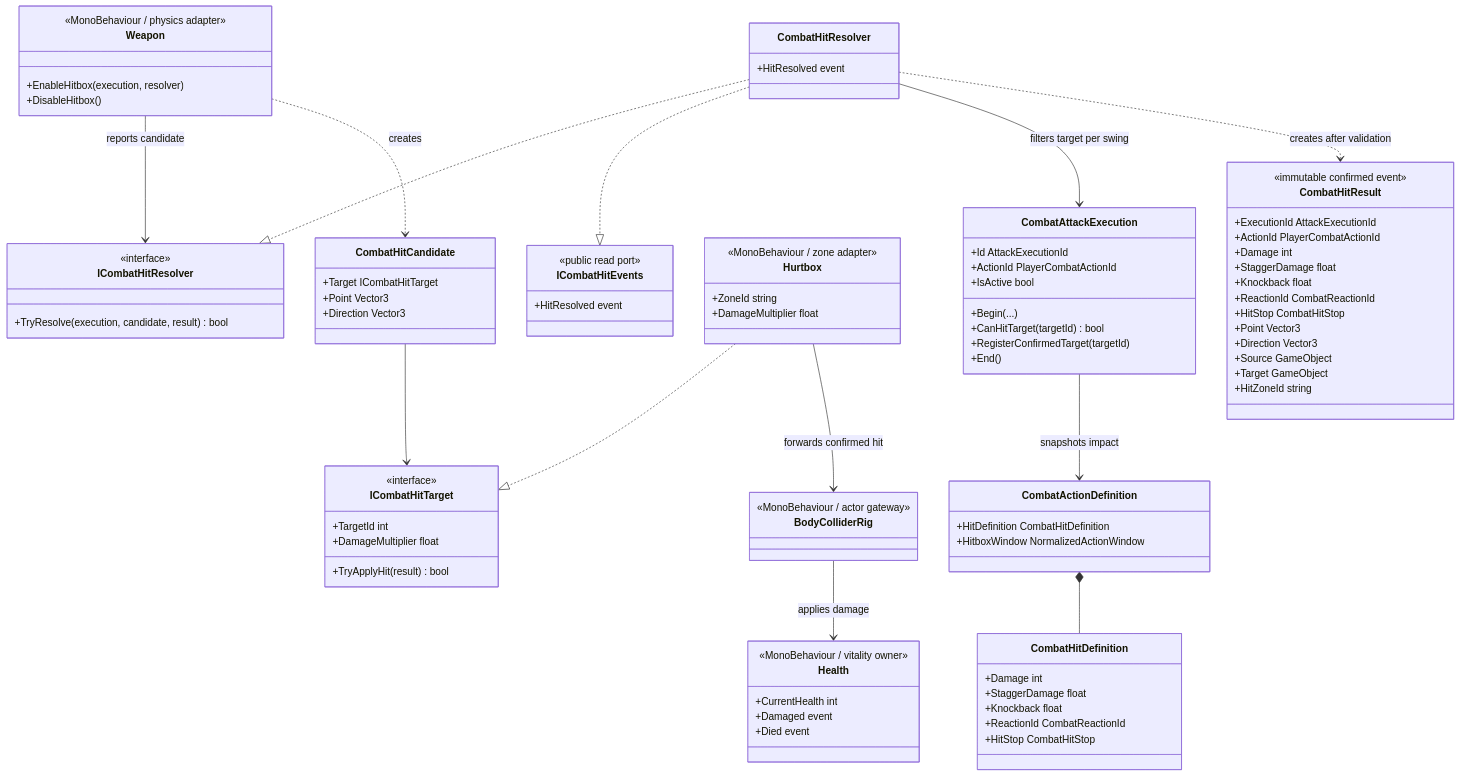
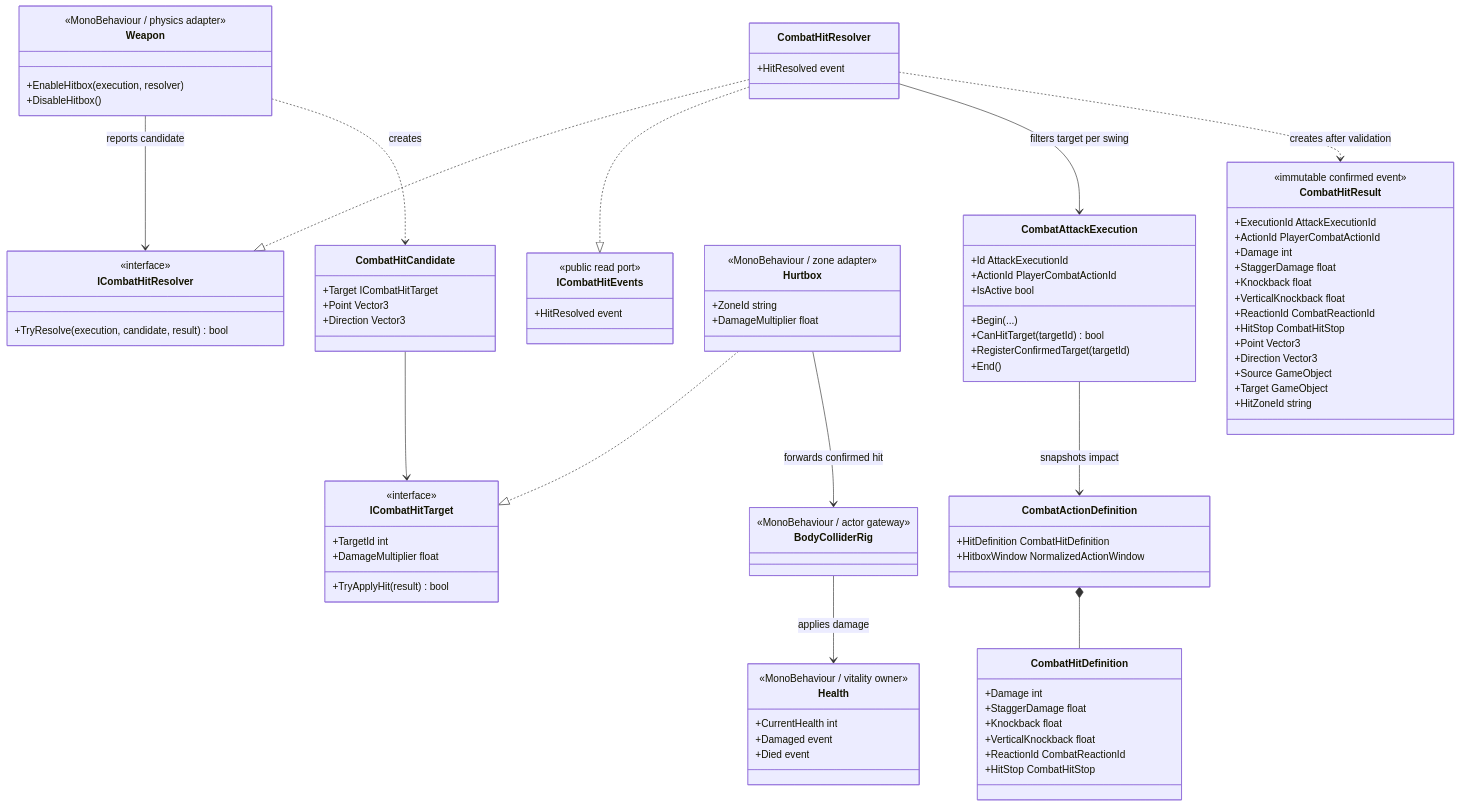
Before and after one commit to MaximFonariuc/project-s: the first of 2 diagrams in Docs/Architecture/Combat.HitResolution.md, drawn with Mermaid. The commit also changed other lines of this file and 23 other files, not shown here.

Commit message:
feat(combat): add launcher air chase flow

```diff
--- a/Docs/Architecture/Combat.HitResolution.md
+++ b/Docs/Architecture/Combat.HitResolution.md
@@ -25,6 +25,7 @@
         +Damage int
         +StaggerDamage float
         +Knockback float
+        +VerticalKnockback float
         +ReactionId CombatReactionId
         +HitStop CombatHitStop
     }
@@ -81,6 +82,7 @@
         +Damage int
         +StaggerDamage float
         +Knockback float
+        +VerticalKnockback float
         +ReactionId CombatReactionId
         +HitStop CombatHitStop
         +Point Vector3
```
